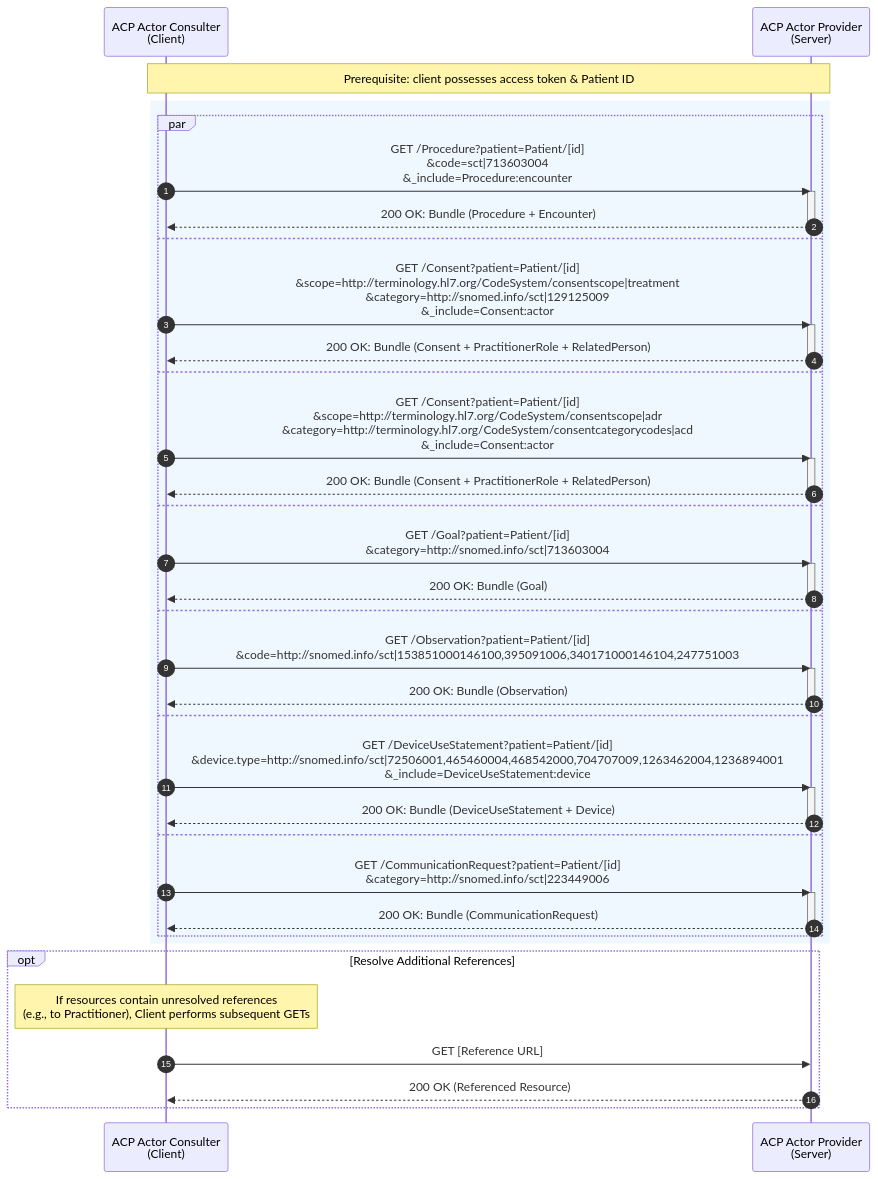
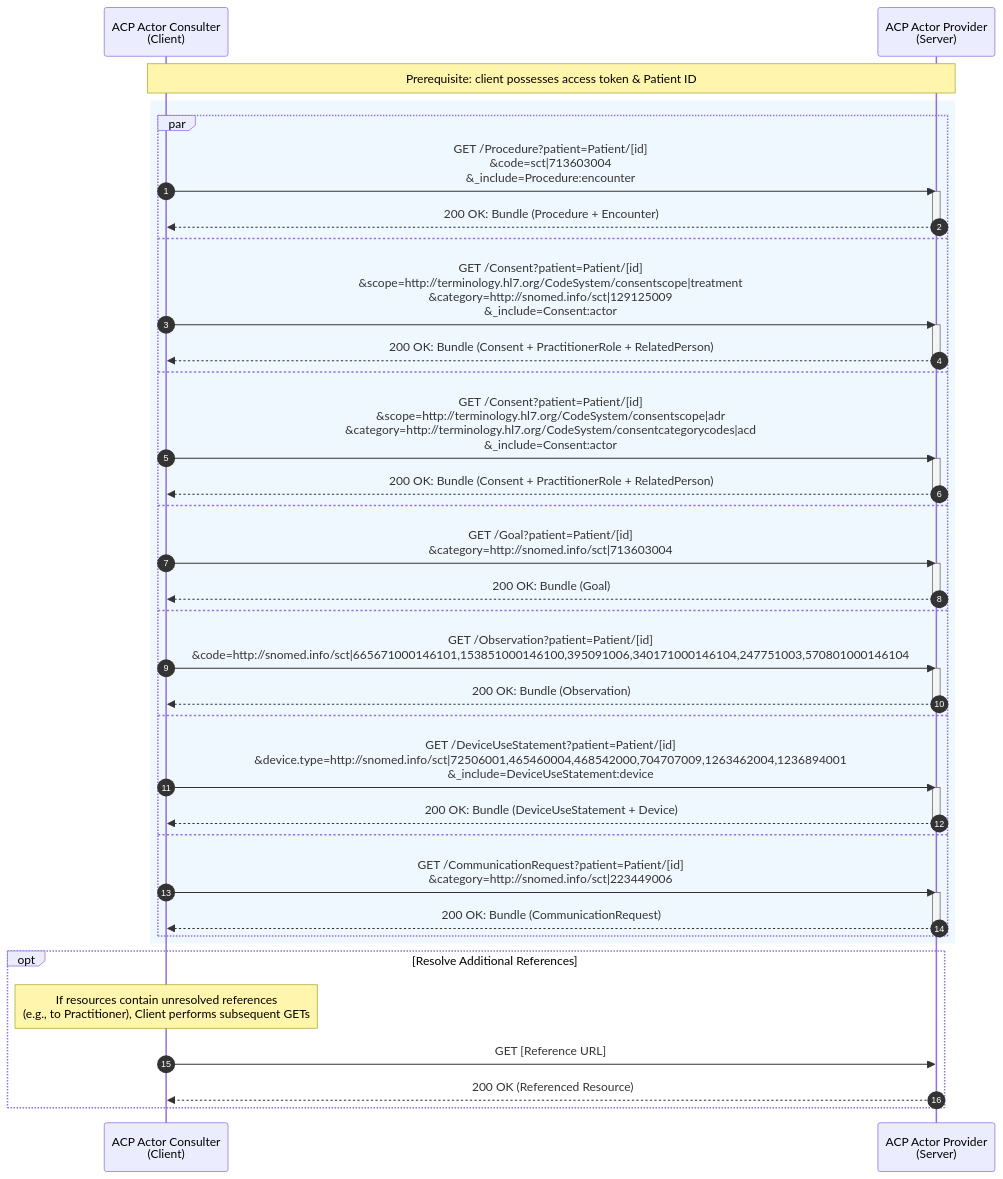
Before and after one commit to IKNL/PZP-FHIR-R4: the diagram in input/includes/fhir-data-exchange-individual-resources-mermaid-diagram.md, drawn with Mermaid. The commit also changed 4 other files, not shown here.

Commit message:
Removed extension from Patient, updated mappings and diagrams

```diff
--- a/input/includes/fhir-data-exchange-individual-resources-mermaid-diagram.md
+++ b/input/includes/fhir-data-exchange-individual-resources-mermaid-diagram.md
@@ -1,63 +1,63 @@
 <div class="mermaid" style="height: 800px; overflow: visible;">
 
 sequenceDiagram
     autonumber
     participant C as ACP Actor Consulter<br>(Client)
     participant S as ACP Actor Provider<br>(Server)
 
     note over C, S: Prerequisite: client possesses access token & Patient ID
 
     rect rgb(240, 248, 255)
   
         par 
             %% 1. Procedures
             C->>S: GET /Procedure?patient=Patient/[id]<br>&code=sct|713603004<br>&_include=Procedure:encounter
             activate S
             S-->>C: 200 OK: Bundle (Procedure + Encounter)
             deactivate S
         and
             %% 2. Consent (TreatmentDirective)
             C->>S: GET /Consent?patient=Patient/[id]<br>&scope=http://terminology.hl7.org/CodeSystem/consentscope|treatment<br>&category=http://snomed.info/sct|129125009<br>&_include=Consent:actor
             activate S
             S-->>C: 200 OK: Bundle (Consent + PractitionerRole + RelatedPerson)
             deactivate S
         and
             %% 3. Consent (AdvanceCareDirective)
             C->>S: GET /Consent?patient=Patient/[id]<br>&scope=http://terminology.hl7.org/CodeSystem/consentscope|adr<br>&category=http://terminology.hl7.org/CodeSystem/consentcategorycodes|acd<br>&_include=Consent:actor
             activate S
             S-->>C: 200 OK: Bundle (Consent + PractitionerRole + RelatedPerson)
             deactivate S
         and
             %% 4. Goals
             C->>S: GET /Goal?patient=Patient/[id]<br>&category=http://snomed.info/sct|713603004
             activate S
             S-->>C: 200 OK: Bundle (Goal)
             deactivate S
         and
             %% 5. Observations
-            C->>S: GET /Observation?patient=Patient/[id]<br>&code=http://snomed.info/sct|153851000146100,395091006,340171000146104,247751003
+            C->>S: GET /Observation?patient=Patient/[id]<br>&code=http://snomed.info/sct|665671000146101,153851000146100,395091006,340171000146104,247751003,570801000146104
             activate S
             S-->>C: 200 OK: Bundle (Observation)
             deactivate S
         and
             %% 6. Devices
             C->>S: GET /DeviceUseStatement?patient=Patient/[id]<br>&device.type=http://snomed.info/sct|72506001,465460004,468542000,704707009,1263462004,1236894001<br>&_include=DeviceUseStatement:device
             activate S
             S-->>C: 200 OK: Bundle (DeviceUseStatement + Device)
             deactivate S
         and
             %% 7. CommunicationRequests
             C->>S: GET /CommunicationRequest?patient=Patient/[id]<br>&category=http://snomed.info/sct|223449006
             activate S
             S-->>C: 200 OK: Bundle (CommunicationRequest)
             deactivate S
         end
     end
 
     opt Resolve Additional References
         note over C: If resources contain unresolved references<br>(e.g., to Practitioner), Client performs subsequent GETs
         C->>S: GET [Reference URL]
         S-->>C: 200 OK (Referenced Resource)
     end
 
 </div>
```
